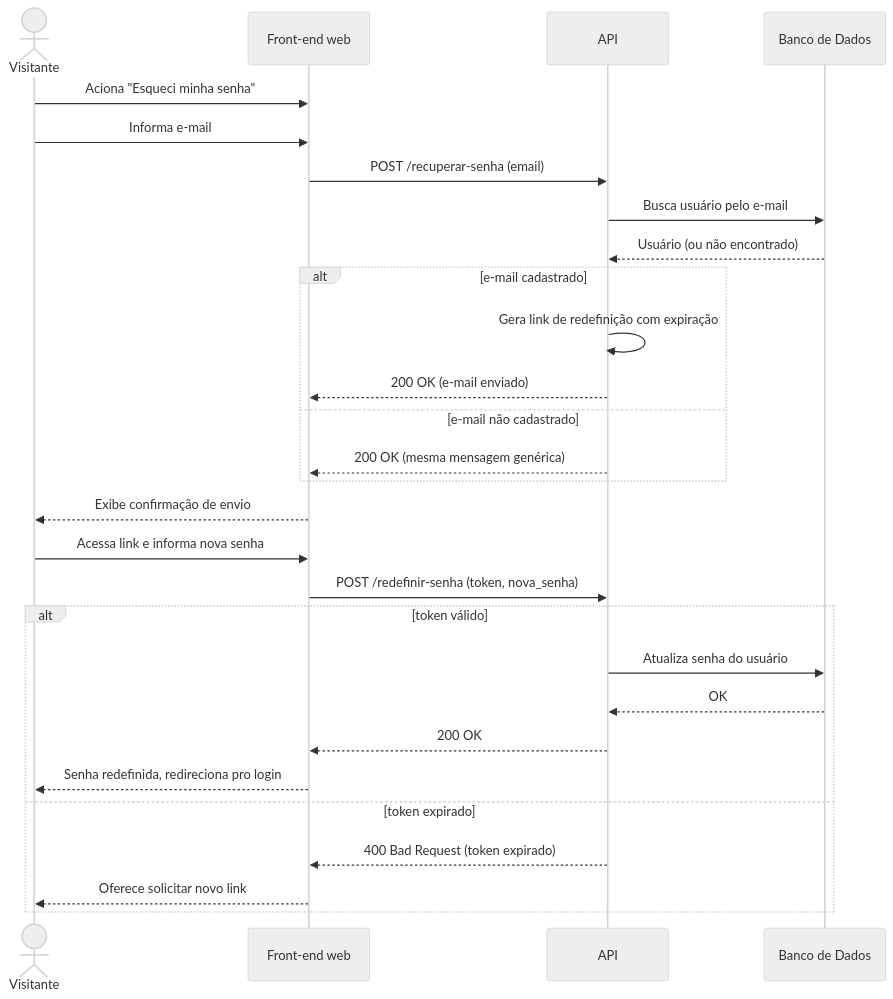
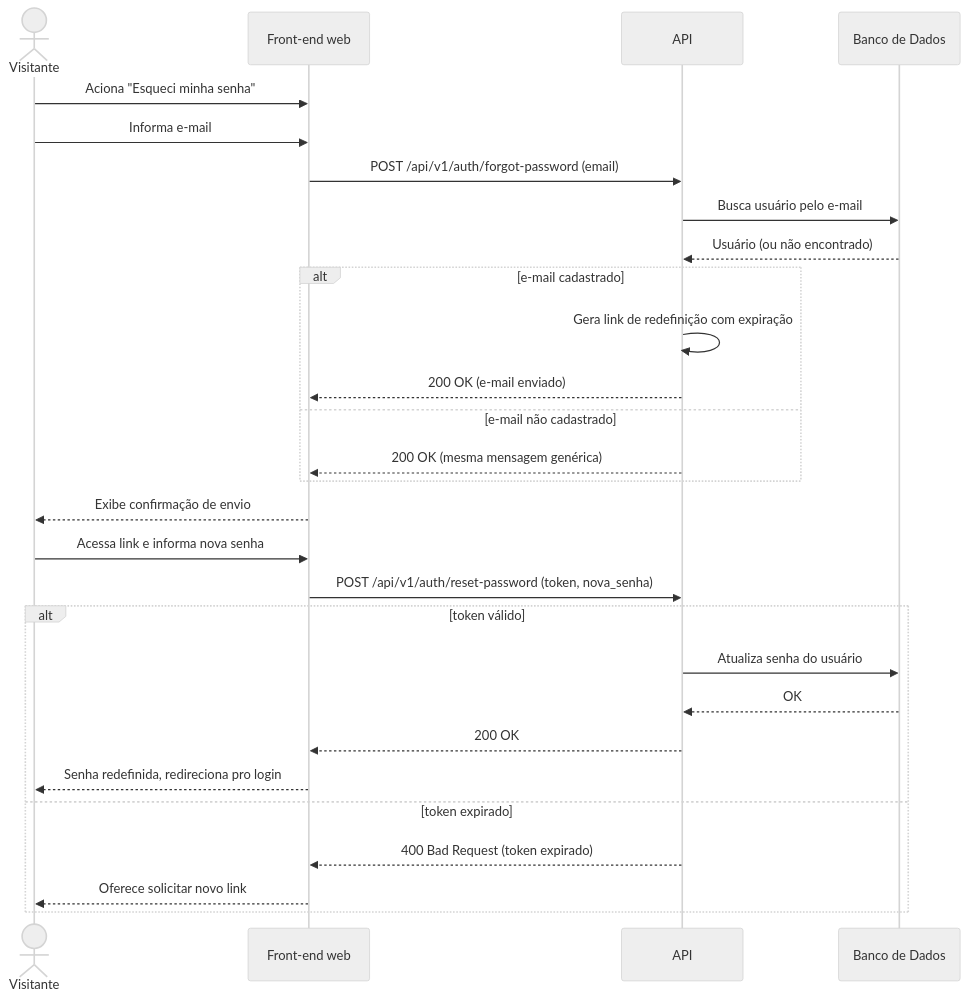
One commit to Plataforma-de-Cursos-TCC/plataforma-cursos-docs changed the diagram in docs/ssd/UC011-recuperar-senha.md. Above: the diagram before and after it, drawn with Mermaid (neutral theme). The commit also changed 16 other files, not shown here.

````diff
--- a/docs/ssd/UC011-recuperar-senha.md
+++ b/docs/ssd/UC011-recuperar-senha.md
@@ -5,31 +5,31 @@
 ```mermaid
 sequenceDiagram
     actor Visitante
     participant FE as Front-end web
     participant API
     participant DB as Banco de Dados
 
     Visitante->>FE: Aciona "Esqueci minha senha"
     Visitante->>FE: Informa e-mail
-    FE->>API: POST /recuperar-senha (email)
+    FE->>API: POST /api/v1/auth/forgot-password (email)
     API->>DB: Busca usuário pelo e-mail
     DB-->>API: Usuário (ou não encontrado)
     alt e-mail cadastrado
         API->>API: Gera link de redefinição com expiração
         API-->>FE: 200 OK (e-mail enviado)
     else e-mail não cadastrado
         API-->>FE: 200 OK (mesma mensagem genérica)
     end
     FE-->>Visitante: Exibe confirmação de envio
     Visitante->>FE: Acessa link e informa nova senha
-    FE->>API: POST /redefinir-senha (token, nova_senha)
+    FE->>API: POST /api/v1/auth/reset-password (token, nova_senha)
     alt token válido
         API->>DB: Atualiza senha do usuário
         DB-->>API: OK
         API-->>FE: 200 OK
         FE-->>Visitante: Senha redefinida, redireciona pro login
     else token expirado
         API-->>FE: 400 Bad Request (token expirado)
         FE-->>Visitante: Oferece solicitar novo link
     end
 ```
````
